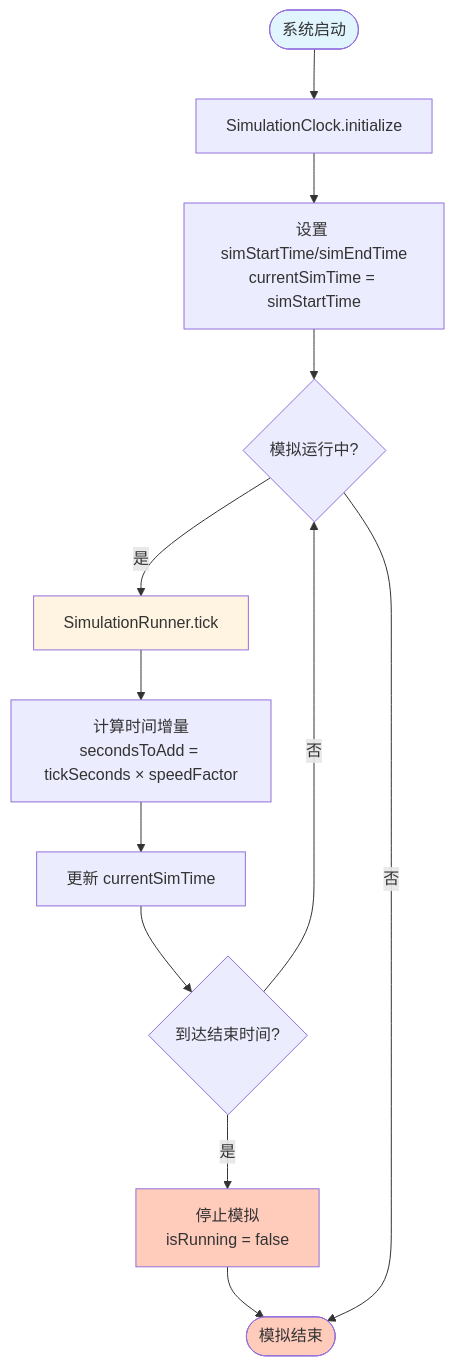
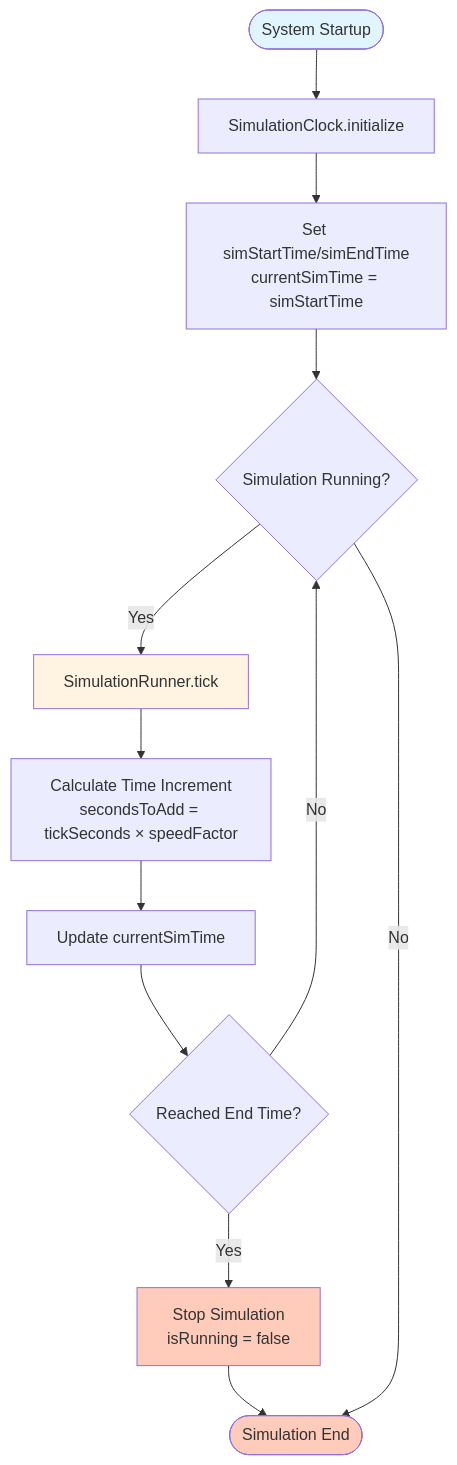
Before and after one commit to yuyu-ko/Inventory: the fifth of 9 diagrams in docs/ARCHITECTURE_DIAGRAM.md, drawn with Mermaid. The commit also changed other lines of this file and 26 other files, not shown here.

````diff
--- a/docs/ARCHITECTURE_DIAGRAM.md
+++ b/docs/ARCHITECTURE_DIAGRAM.md
@@ -241,22 +241,22 @@
 ```mermaid
 flowchart TD
-    Start([系统启动]) --> Init[SimulationClock.initialize]
-    Init --> SetTime[设置 simStartTime/simEndTime<br/>currentSimTime = simStartTime]
-    SetTime --> Running{模拟运行中?}
+    Start([System Startup]) --> Init[SimulationClock.initialize]
+    Init --> SetTime[Set simStartTime/simEndTime<br/>currentSimTime = simStartTime]
+    SetTime --> Running{Simulation Running?}
     
-    Running -->|是| Tick[SimulationRunner.tick]
-    Tick --> Calc[计算时间增量<br/>secondsToAdd = tickSeconds × speedFactor]
-    Calc --> Update[更新 currentSimTime]
-    Update --> Check{到达结束时间?}
+    Running -->|Yes| Tick[SimulationRunner.tick]
+    Tick --> Calc[Calculate Time Increment<br/>secondsToAdd = tickSeconds × speedFactor]
+    Calc --> Update[Update currentSimTime]
+    Update --> Check{Reached End Time?}
     
-    Check -->|否| Running
-    Check -->|是| Stop[停止模拟<br/>isRunning = false]
-    Stop --> End([模拟结束])
+    Check -->|No| Running
+    Check -->|Yes| Stop[Stop Simulation<br/>isRunning = false]
+    Stop --> End([Simulation End])
     
-    Running -->|否| End
+    Running -->|No| End
     
     style Start fill:#e1f5ff
     style End fill:#ffccbc
     style Tick fill:#fff4e1
     style Stop fill:#ffccbc
 ```
````
